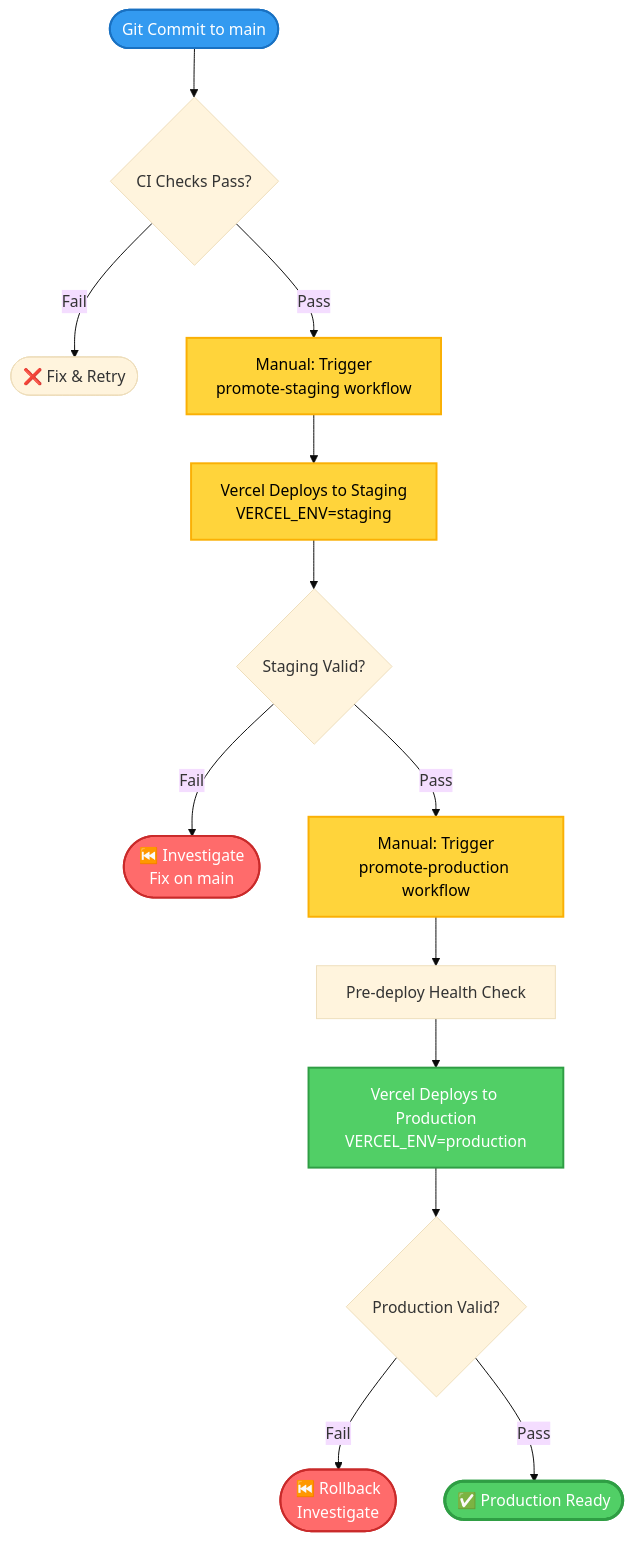
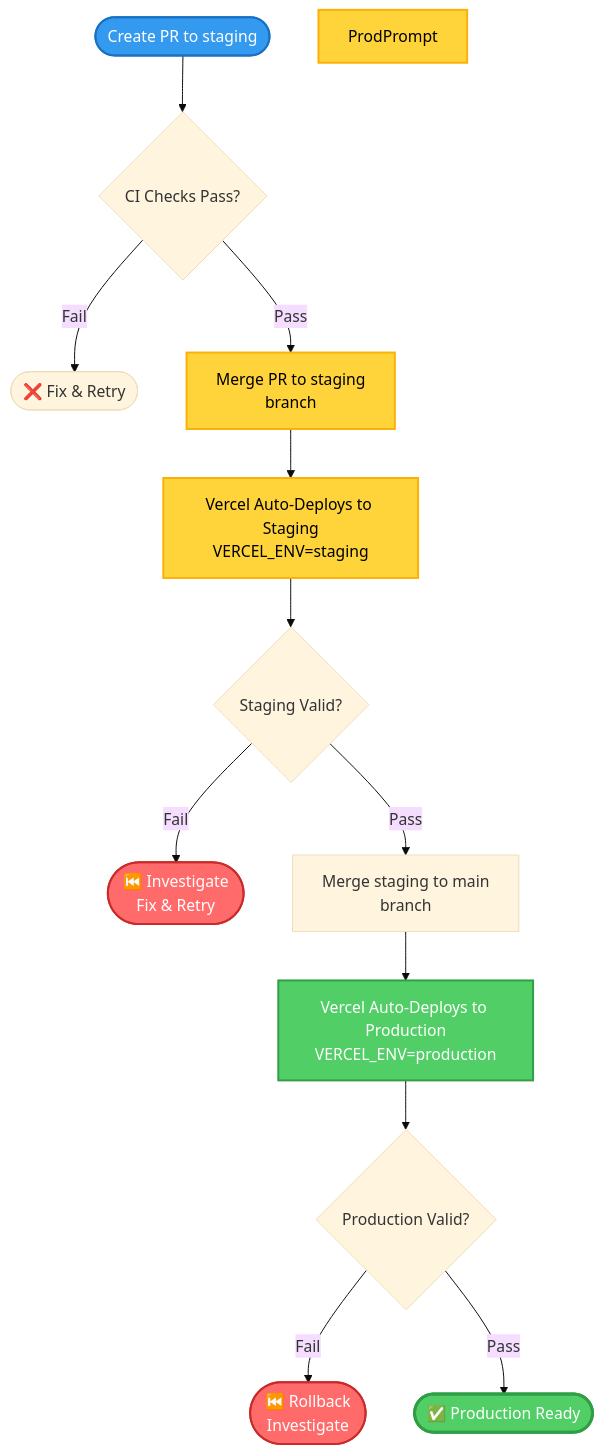
One commit to bryce-seefieldt/portfolio-docs changed the first of 2 diagrams in docs/00-portfolio/roadmap/issues/stage-4-1-docs-issue.md. Above: the diagram before and after it, drawn with Mermaid (base theme). The commit also changed other lines of this file and 18 other files, not shown here.

First line of the commit message:
docs: Phase 4.1 - Multi-environment deployment architecture

````diff
--- a/docs/00-portfolio/roadmap/issues/stage-4-1-docs-issue.md
+++ b/docs/00-portfolio/roadmap/issues/stage-4-1-docs-issue.md
@@ -353,24 +347,23 @@
 ```mermaid
 graph TB
-    Start([Git Commit to main]) --> CI{CI Checks Pass?}
+    Start([Create PR to staging]) --> CI{CI Checks Pass?}
     CI -->|Fail| Failed1(["❌ Fix & Retry"])
-    CI -->|Pass| StagePrompt["Manual: Trigger<br/>promote-staging workflow"]
-    StagePrompt --> StageDeploy["Vercel Deploys to Staging<br/>VERCEL_ENV=staging"]
+    CI -->|Pass| MergeStaging["Merge PR to staging<br/>branch"]
+    MergeStaging --> StageDeploy["Vercel Auto-Deploys to Staging<br/>VERCEL_ENV=staging"]
     StageDeploy --> StageTest{Staging Valid?}
-    StageTest -->|Fail| RollbackStage(["⏮️ Investigate<br/>Fix on main"])
-    StageTest -->|Pass| ProdPrompt["Manual: Trigger<br/>promote-production workflow"]
-    ProdPrompt --> PreDeploy["Pre-deploy Health Check"]
-    PreDeploy --> ProdDeploy["Vercel Deploys to Production<br/>VERCEL_ENV=production"]
+    StageTest -->|Fail| RollbackStage(["⏮️ Investigate<br/>Fix & Retry"])
+    StageTest -->|Pass| MergeMain["Merge staging to main<br/>branch"]
+    MergeMain --> ProdDeploy["Vercel Auto-Deploys to Production<br/>VERCEL_ENV=production"]
     ProdDeploy --> ProdTest{Production Valid?}
     ProdTest -->|Fail| Rollback(["⏮️ Rollback<br/>Investigate"])
     ProdTest -->|Pass| Success(["✅ Production Ready"])
 
     style Start fill:#339af0,stroke:#1971c2,stroke-width:2px,color:#fff
-    style StagePrompt fill:#ffd43b,stroke:#fab005,stroke-width:2px,color:#000
+    style MergeStaging fill:#ffd43b,stroke:#fab005,stroke-width:2px,color:#000
     style StageDeploy fill:#ffd43b,stroke:#fab005,stroke-width:2px,color:#000
     style ProdPrompt fill:#ffd43b,stroke:#fab005,stroke-width:2px,color:#000
     style ProdDeploy fill:#51cf66,stroke:#2f9e44,stroke-width:2px,color:#fff
     style Success fill:#51cf66,stroke:#2f9e44,stroke-width:3px,color:#fff
     style Rollback fill:#ff6b6b,stroke:#c92a2a,stroke-width:2px,color:#fff
     style RollbackStage fill:#ff6b6b,stroke:#c92a2a,stroke-width:2px,color:#fff
 ```
````
